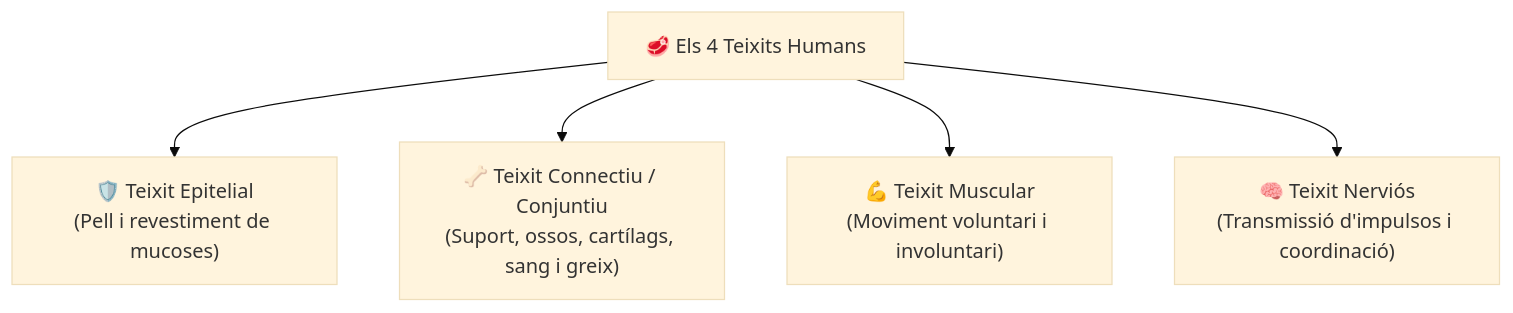
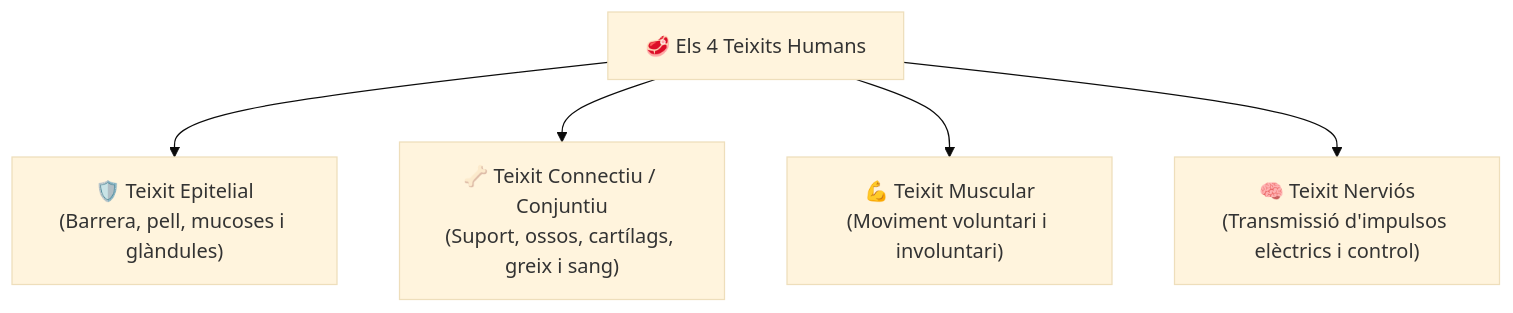
The first of 2 diagrams in biblioteca-cicles/01_FP_Basica/1fpb-ciencies-aplicades/ut02/ut0203.md (socderafel/socderafel.github.io), drawn with Mermaid (base theme) before and after one commit. The commit also changed other lines of this file and 8 other files, not shown here.

````diff
--- a/biblioteca-cicles/01_FP_Basica/1fpb-ciencies-aplicades/ut02/ut0203.md
+++ b/biblioteca-cicles/01_FP_Basica/1fpb-ciencies-aplicades/ut02/ut0203.md
@@ -32,12 +34,12 @@
 ```mermaid
 flowchart TD
   T["🥩 Els 4 Teixits Humans"]
   T --> E["🛡️ Teixit Epitelial
-(Pell i revestiment de mucoses)"]
+(Barrera, pell, mucoses i glàndules)"]
   T --> C["🦴 Teixit Connectiu / Conjuntiu
-(Suport, ossos, cartílags, sang i greix)"]
+(Suport, ossos, cartílags, greix i sang)"]
   T --> M["💪 Teixit Muscular
 (Moviment voluntari i involuntari)"]
   T --> N["🧠 Teixit Nerviós
-(Transmissió d'impulsos i coordinació)"]
+(Transmissió d'impulsos elèctrics i control)"]
 ```
````
